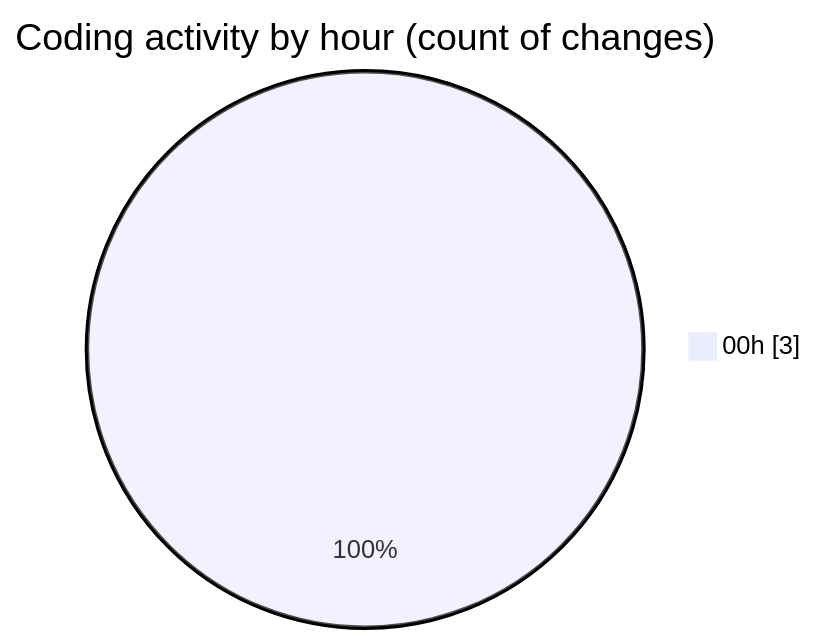
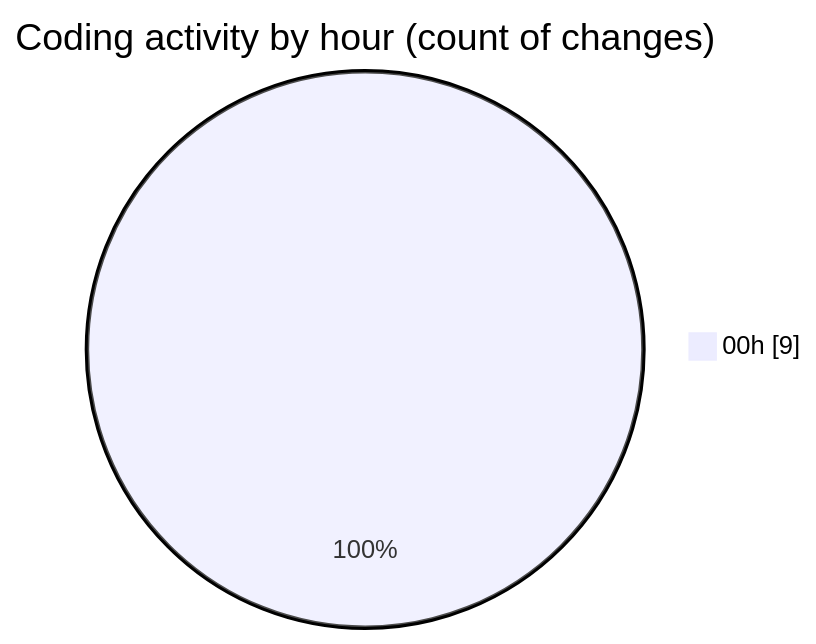
Before and after one commit to 3Nya3/code-tracking: the second of 2 diagrams in 2025-01-02/mods/README.md, drawn with Mermaid. The commit also changed other lines of this file and 1 other file, not shown here.

````diff
--- a/2025-01-02/mods/README.md
+++ b/2025-01-02/mods/README.md
@@ -28,5 +28,5 @@
 ```mermaid
 pie showData
 title Coding activity by hour (count of changes)
-"00h" : 3
+"00h" : 9
 ```
````
